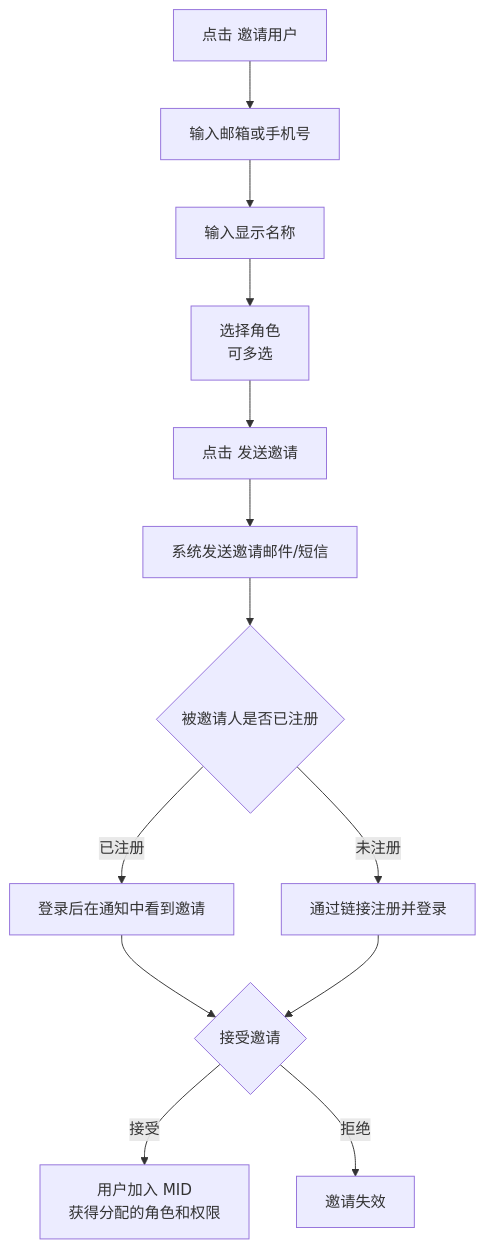
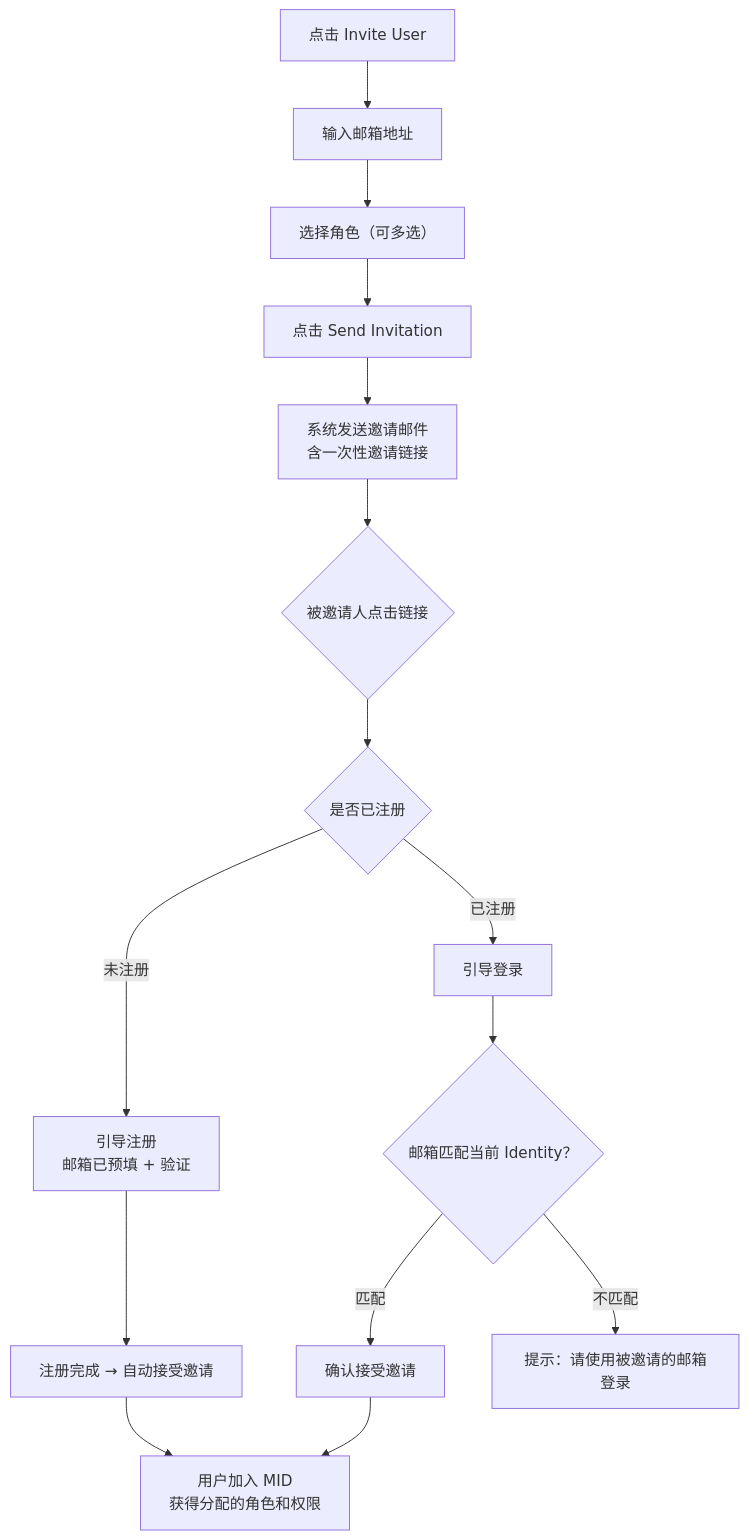
The ninth of 15 diagrams in USERPERMISSIONS/prd/Users-Roles-Permissions.md (xiaoxiaoangie/EX-NEW), drawn with Mermaid before and after one commit. The commit also changed other lines of this file and 2 other files, not shown here.

````diff
--- a/USERPERMISSIONS/prd/Users-Roles-Permissions.md
+++ b/USERPERMISSIONS/prd/Users-Roles-Permissions.md
@@ -659,19 +670,20 @@
 ```mermaid
 flowchart TD
-    A[点击 邀请用户] --> B[输入邮箱或手机号]
-    B --> C[输入显示名称]
-    C --> D[选择角色<br/>可多选]
+    A[点击 Invite User] --> B[输入邮箱地址]
+    B --> C[选择角色（可多选）]
+    C --> D[点击 Send Invitation]
+    D --> E[系统发送邀请邮件<br/>含一次性邀请链接]
 
-    D --> E[点击 发送邀请]
-    E --> F[系统发送邀请邮件/短信]
+    E --> F{被邀请人点击链接}
+    F --> G{是否已注册}
+    G -->|未注册| H[引导注册<br/>邮箱已预填 + 验证]
+    G -->|已注册| I[引导登录]
 
-    F --> G{被邀请人是否已注册}
-    G -->|已注册| H[登录后在通知中看到邀请]
-    G -->|未注册| I[通过链接注册并登录]
+    H --> J[注册完成 → 自动接受邀请]
+    I --> K{邮箱匹配当前 Identity？}
+    K -->|匹配| L[确认接受邀请]
+    K -->|不匹配| M[提示：请使用被邀请的邮箱登录]
 
-    H --> J{接受邀请}
-    I --> J
-
-    J -->|接受| K[用户加入 MID<br/>获得分配的角色和权限]
-    J -->|拒绝| L[邀请失效]
+    L --> N[用户加入 MID<br/>获得分配的角色和权限]
+    J --> N
 ```
````
